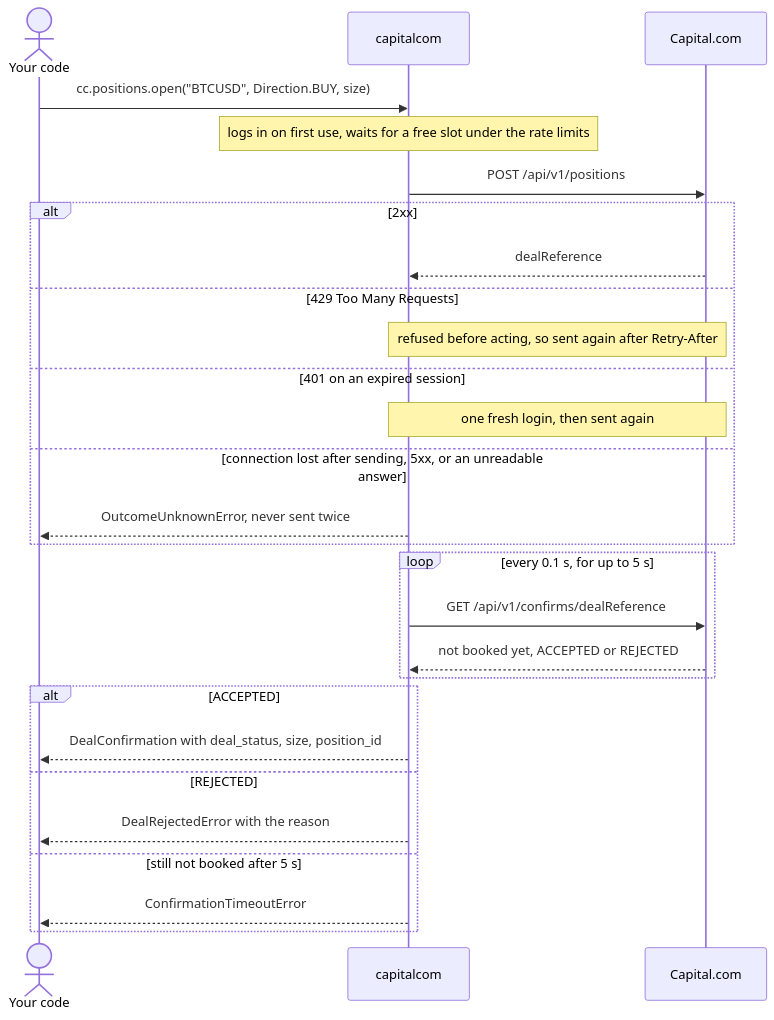
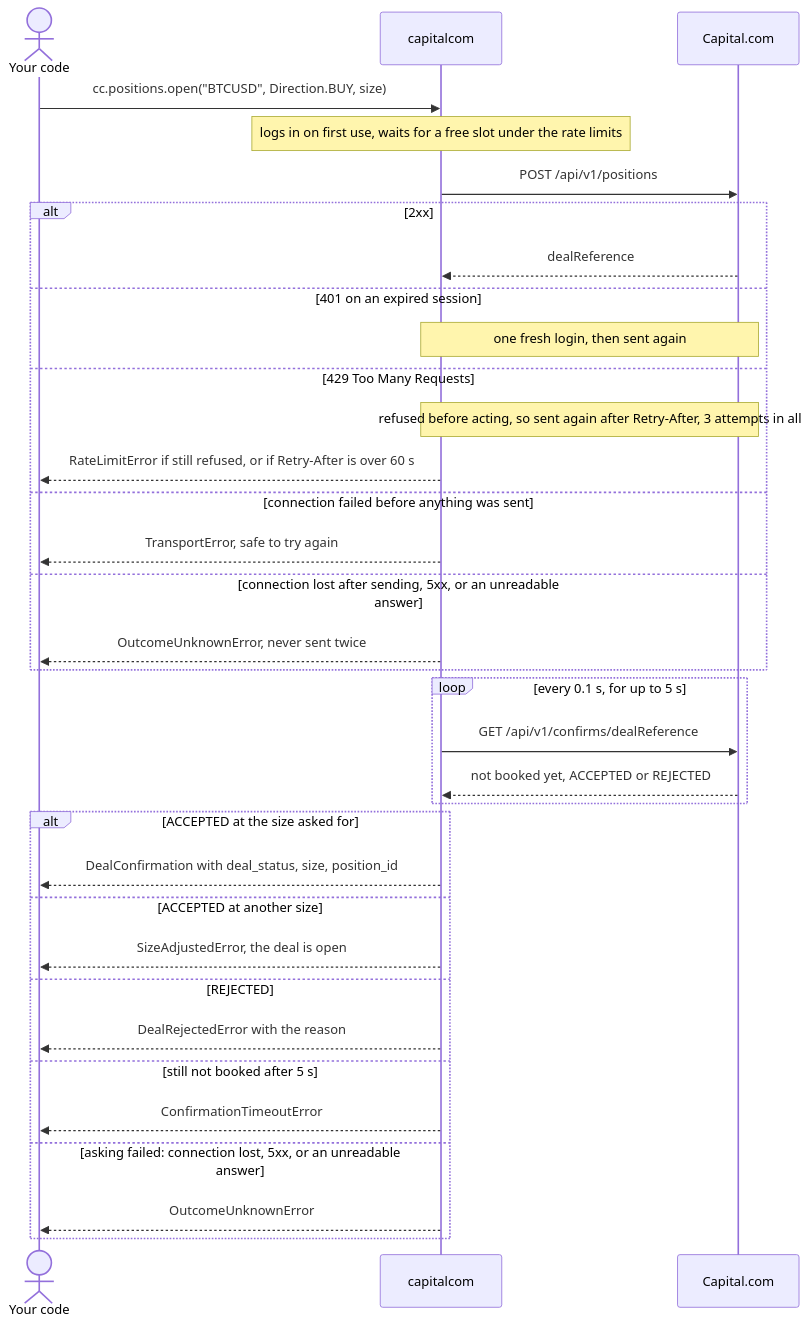
Before and after one commit to Akinzou/CapitalCom: the second of 3 diagrams in README.md, drawn with Mermaid. The commit also changed other lines of this file and 2 other files, not shown here.

First line of the commit message:
docs(readme): diagrams match the code paths; badge links to its source

````diff
--- a/README.md
+++ b/README.md
@@ -106,30 +113,37 @@
 ```mermaid
 sequenceDiagram
     actor You as Your code
     participant Lib as capitalcom
     participant Server as Capital.com
 
     You->>Lib: cc.positions.open("BTCUSD", Direction.BUY, size)
     Note over Lib: logs in on first use, waits for a free slot under the rate limits
     Lib->>Server: POST /api/v1/positions
     alt 2xx
         Server-->>Lib: dealReference
-    else 429 Too Many Requests
-        Note over Lib,Server: refused before acting, so sent again after Retry-After
     else 401 on an expired session
         Note over Lib,Server: one fresh login, then sent again
+    else 429 Too Many Requests
+        Note over Lib,Server: refused before acting, so sent again after Retry-After, 3 attempts in all
+        Lib-->>You: RateLimitError if still refused, or if Retry-After is over 60 s
+    else connection failed before anything was sent
+        Lib-->>You: TransportError, safe to try again
     else connection lost after sending, 5xx, or an unreadable answer
         Lib-->>You: OutcomeUnknownError, never sent twice
     end
     loop every 0.1 s, for up to 5 s
         Lib->>Server: GET /api/v1/confirms/dealReference
         Server-->>Lib: not booked yet, ACCEPTED or REJECTED
     end
-    alt ACCEPTED
+    alt ACCEPTED at the size asked for
         Lib-->>You: DealConfirmation with deal_status, size, position_id
+    else ACCEPTED at another size
+        Lib-->>You: SizeAdjustedError, the deal is open
     else REJECTED
         Lib-->>You: DealRejectedError with the reason
     else still not booked after 5 s
         Lib-->>You: ConfirmationTimeoutError
+    else asking failed: connection lost, 5xx, or an unreadable answer
+        Lib-->>You: OutcomeUnknownError
     end
 ```
````
